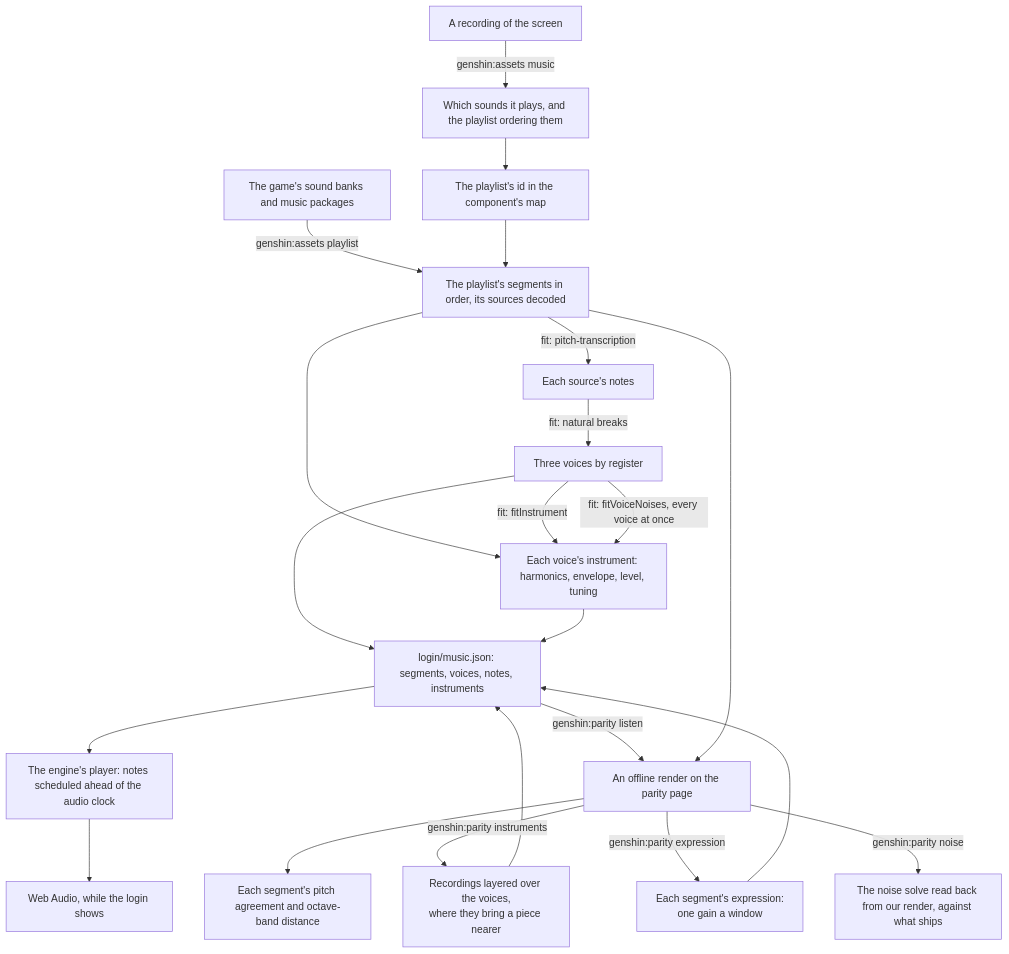
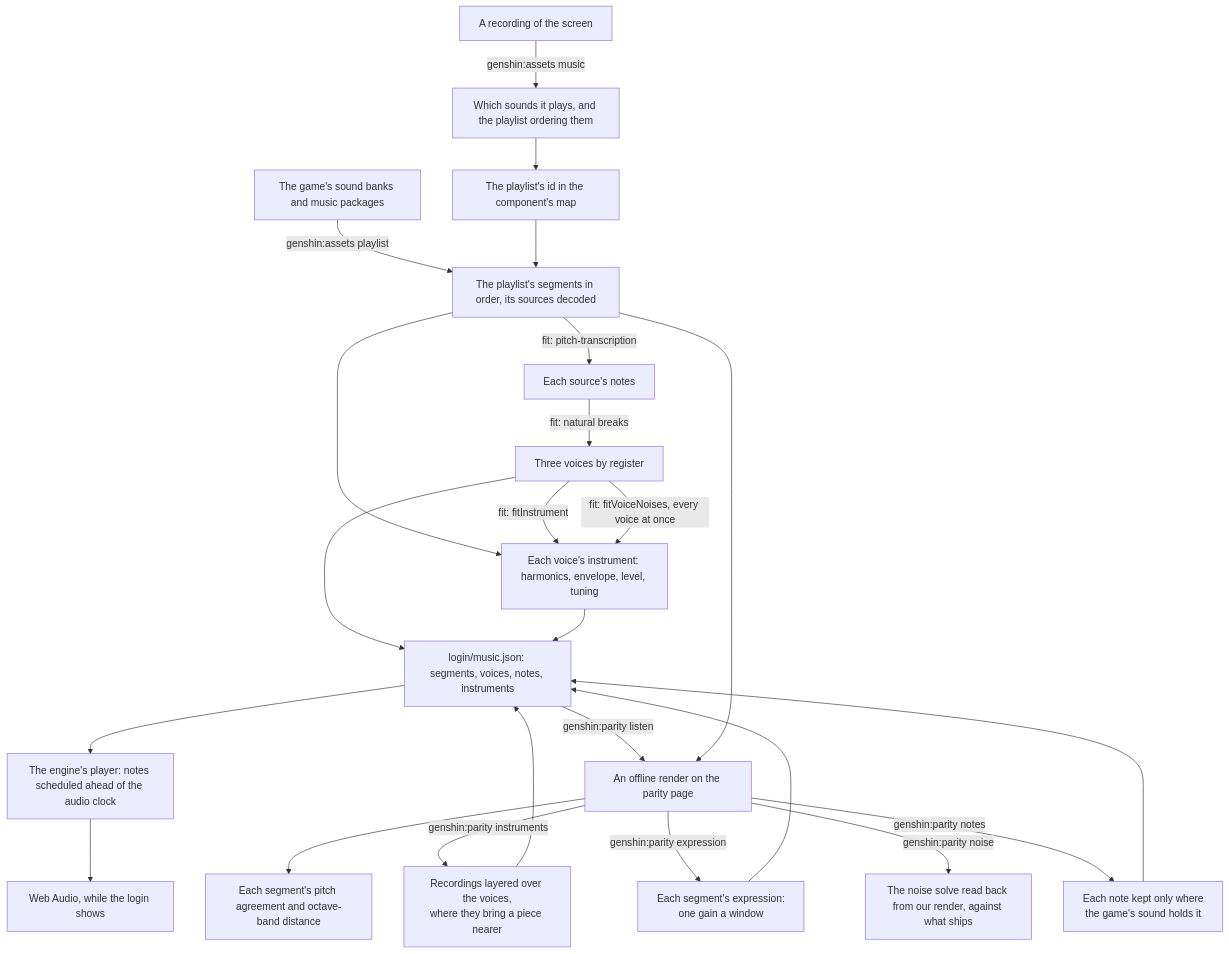
One commit to Esposter/Esposter changed the diagram in apps/web/content/docs/genshin/music.md. Above: the diagram before and after it, drawn with Mermaid. The commit also changed other lines of this file and 13 other files, not shown here.

First line of the commit message:
feat(scripts): genshin:parity notes drops every note of the login's music the game's sound does not hold, so the transcription's leftovers no longer play

````diff
--- a/apps/web/content/docs/genshin/music.md
+++ b/apps/web/content/docs/genshin/music.md
@@ -12,24 +12,26 @@
 ```mermaid
 flowchart TD
   R["A recording of the screen"] -->|"genshin:assets music"| S["Which sounds it plays, and the playlist ordering them"]
   S --> M["The playlist's id in the component's map"]
   B["The game's sound banks and music packages"] -->|"genshin:assets playlist"| P["The playlist's segments in order, its sources decoded"]
   M --> P
   P -->|"fit: pitch-transcription"| N["Each source's notes"]
   N -->|"fit: natural breaks"| V["Three voices by register"]
   P --> I
   V -->|"fit: fitInstrument"| I["Each voice's instrument: harmonics, envelope, level, tuning"]
   V -->|"fit: fitVoiceNoises, every voice at once"| I
   V --> J["login/music.json: segments, voices, notes, instruments"]
   I --> J
   J --> E["The engine's player: notes scheduled ahead of the audio clock"]
   E --> W["Web Audio, while the login shows"]
   J -->|"genshin:parity listen"| L["An offline render on the parity page"]
   P --> L
   L --> C["Each segment's pitch agreement and octave-band distance"]
   L -->|"genshin:parity instruments"| K["Recordings layered over the voices,<br/>where they bring a piece nearer"]
   K --> J
   L -->|"genshin:parity expression"| X["Each segment's expression:<br/>one gain a window"]
   X --> J
   L -->|"genshin:parity noise"| R2["The noise solve read back from our render, against what ships"]
+  L -->|"genshin:parity notes"| D["Each note kept only where<br/>the game's sound holds it"]
+  D --> J
 ```
````
